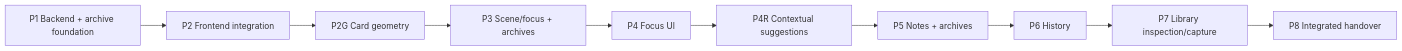
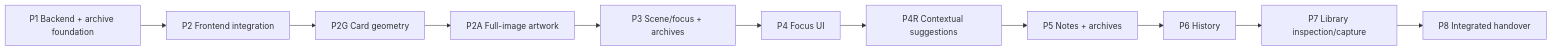
The diagram in docs/playthrough-implementation-plan.md (oldzkoolgamerz2901/campaign-workbench), drawn with Mermaid before and after one commit. The commit also changed other lines of this file and 9 other files, not shown here.

````diff
--- a/docs/playthrough-implementation-plan.md
+++ b/docs/playthrough-implementation-plan.md
@@ -95,12 +103,13 @@
 ```mermaid
 flowchart LR
   P1["P1 Backend + archive foundation"] --> P2["P2 Frontend integration"]
   P2 --> P2G["P2G Card geometry"]
-  P2G --> P3["P3 Scene/focus + archives"]
+  P2G --> P2A["P2A Full-image artwork"]
+  P2A --> P3["P3 Scene/focus + archives"]
   P3 --> P4["P4 Focus UI"]
   P4 --> P4R["P4R Contextual suggestions"]
   P4R --> P5["P5 Notes + archives"]
   P5 --> P6["P6 History"]
   P6 --> P7["P7 Library inspection/capture"]
   P7 --> P8["P8 Integrated handover"]
 ```
````
